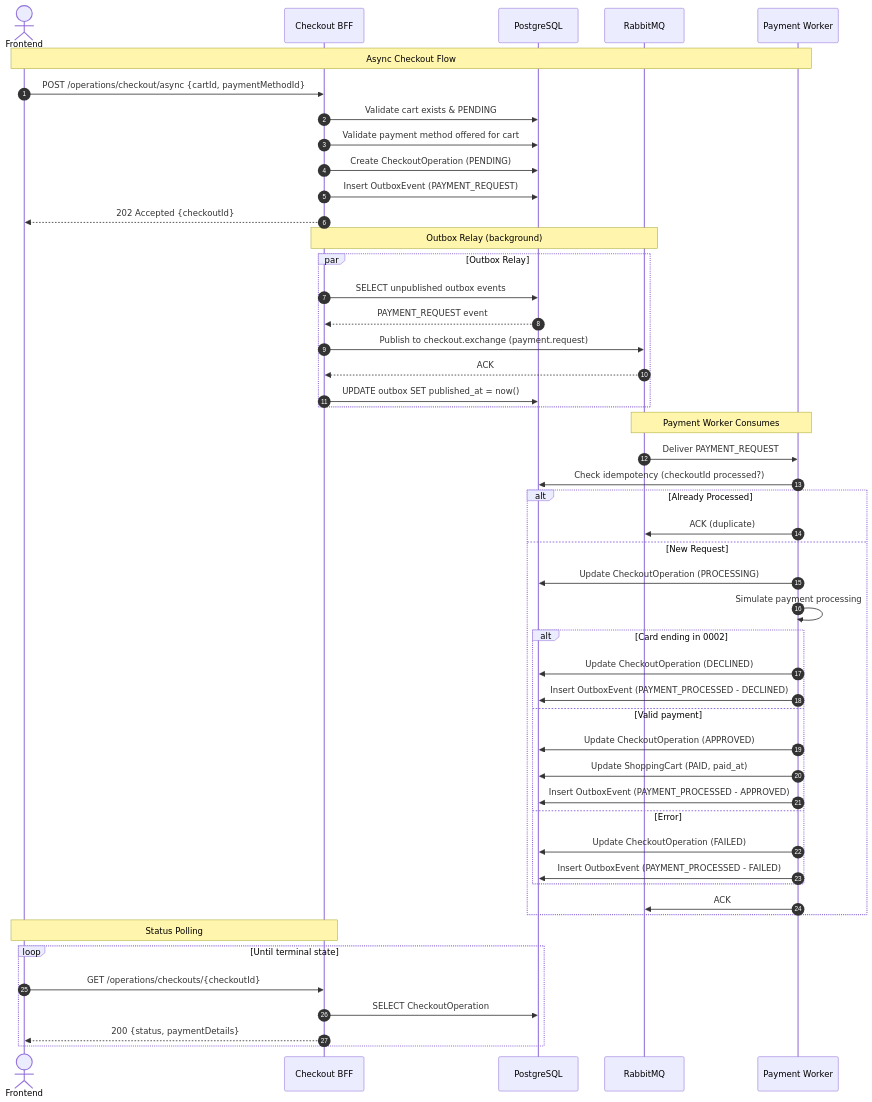
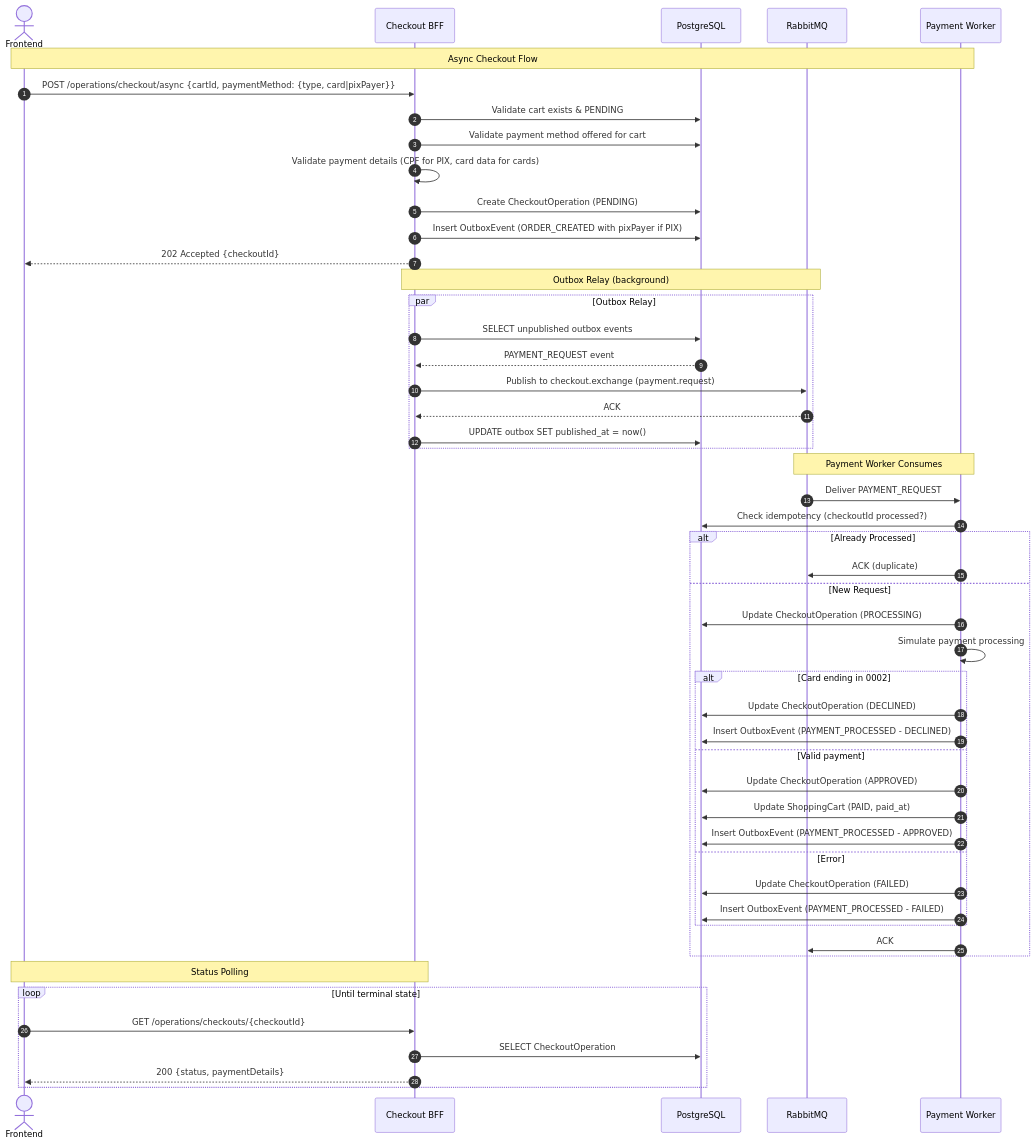
The diagram in docs/specs/diagrams/async-payment-seq.mmd (DavidBNeto/checkout-bff), drawn with Mermaid before and after one commit. The commit also changed 202 other files, not shown here.

```diff
--- a/docs/specs/diagrams/async-payment-seq.mmd
+++ b/docs/specs/diagrams/async-payment-seq.mmd
@@ -1,54 +1,55 @@
 sequenceDiagram
     autonumber
     actor FE as Frontend
     participant BFF as Checkout BFF
     participant DB as PostgreSQL
     participant RMQ as RabbitMQ
     participant Worker as Payment Worker
 
     Note over FE,Worker: Async Checkout Flow
 
-    FE->>BFF: POST /operations/checkout/async {cartId, paymentMethodId}
+    FE->>BFF: POST /operations/checkout/async {cartId, paymentMethod: {type, card|pixPayer}}
     BFF->>DB: Validate cart exists & PENDING
     BFF->>DB: Validate payment method offered for cart
+    BFF->>BFF: Validate payment details (CPF for PIX, card data for cards)
     BFF->>DB: Create CheckoutOperation (PENDING)
-    BFF->>DB: Insert OutboxEvent (PAYMENT_REQUEST)
+    BFF->>DB: Insert OutboxEvent (ORDER_CREATED with pixPayer if PIX)
     BFF-->>FE: 202 Accepted {checkoutId}
 
     Note over BFF,RMQ: Outbox Relay (background)
     par Outbox Relay
         BFF->>DB: SELECT unpublished outbox events
         DB-->>BFF: PAYMENT_REQUEST event
         BFF->>RMQ: Publish to checkout.exchange (payment.request)
         RMQ-->>BFF: ACK
         BFF->>DB: UPDATE outbox SET published_at = now()
     end
 
     Note over RMQ,Worker: Payment Worker Consumes
     RMQ->>Worker: Deliver PAYMENT_REQUEST
     Worker->>DB: Check idempotency (checkoutId processed?)
     alt Already Processed
         Worker->>RMQ: ACK (duplicate)
     else New Request
         Worker->>DB: Update CheckoutOperation (PROCESSING)
         Worker->>Worker: Simulate payment processing
         alt Card ending in 0002
             Worker->>DB: Update CheckoutOperation (DECLINED)
             Worker->>DB: Insert OutboxEvent (PAYMENT_PROCESSED - DECLINED)
         else Valid payment
             Worker->>DB: Update CheckoutOperation (APPROVED)
             Worker->>DB: Update ShoppingCart (PAID, paid_at)
             Worker->>DB: Insert OutboxEvent (PAYMENT_PROCESSED - APPROVED)
         else Error
             Worker->>DB: Update CheckoutOperation (FAILED)
             Worker->>DB: Insert OutboxEvent (PAYMENT_PROCESSED - FAILED)
         end
         Worker->>RMQ: ACK
     end
 
     Note over FE,BFF: Status Polling
     loop Until terminal state
         FE->>BFF: GET /operations/checkouts/{checkoutId}
         BFF->>DB: SELECT CheckoutOperation
         BFF-->>FE: 200 {status, paymentDetails}
     end
```
